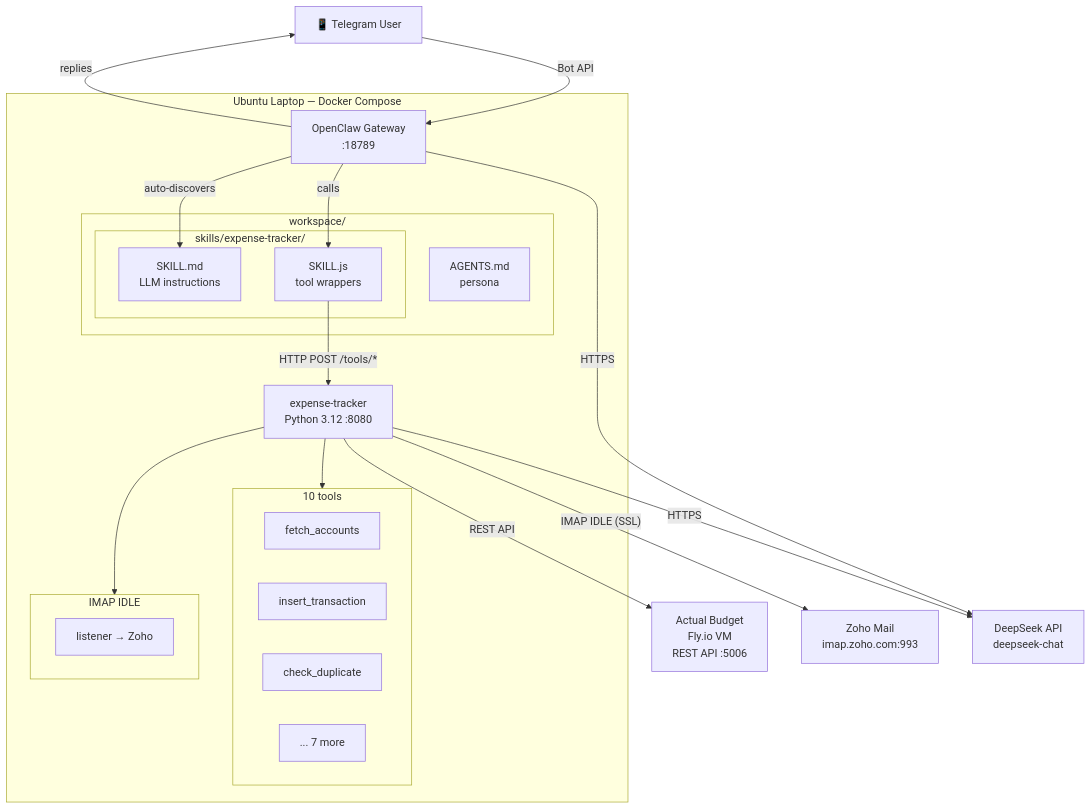
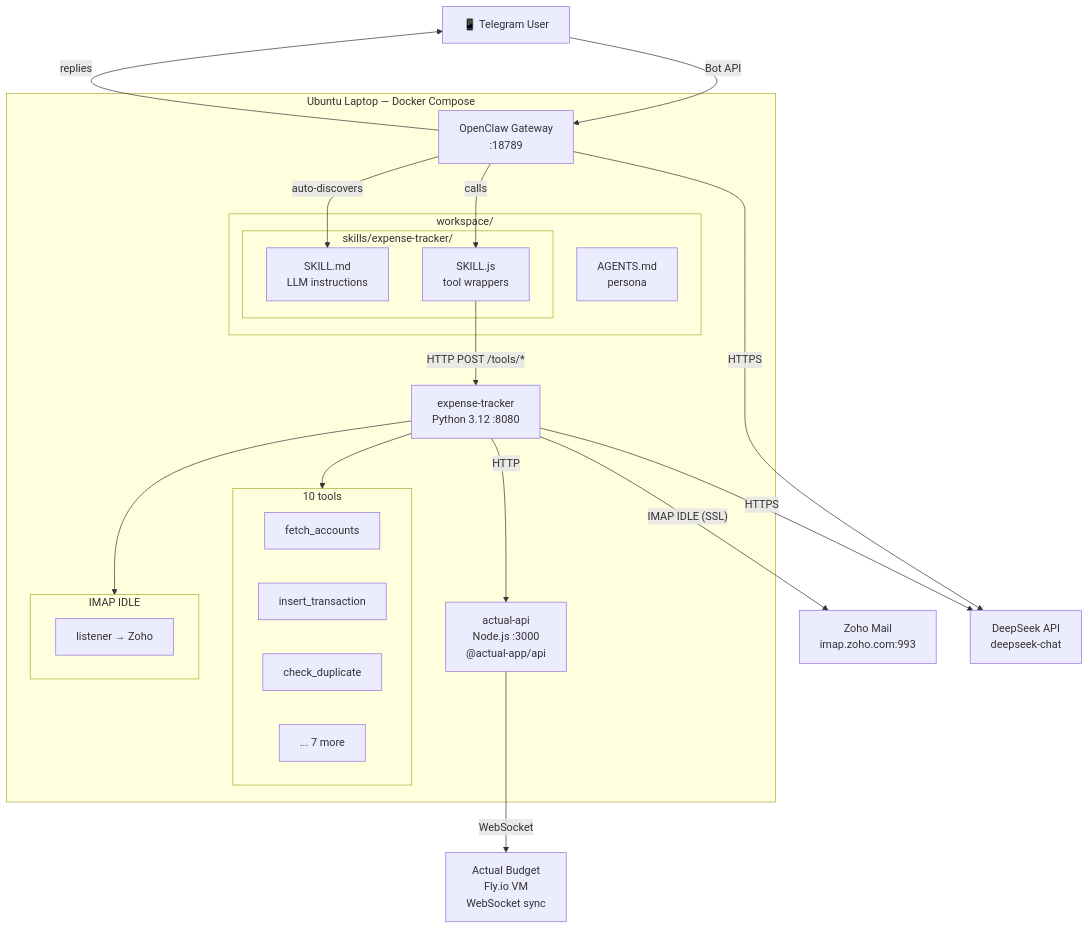
One commit to darrencjh8/darren-openclaw changed the diagram in README.md. Above: the diagram before and after it, drawn with Mermaid. The commit also changed other lines of this file and 7 other files, not shown here.

First line of the commit message:
docs: update design/spec/plan/tasks to reflect Node.js actual-api integration

````diff
--- a/README.md
+++ b/README.md
@@ -7,44 +7,47 @@
 ```mermaid
 graph TB
     TG["📱 Telegram User"] -->|"Bot API"| GW
     GW -->|"replies"| TG
 
     subgraph Docker["Ubuntu Laptop — Docker Compose"]
         GW["OpenClaw Gateway<br/>:18789"]
 
         subgraph Workspace["workspace/"]
             AGENTS["AGENTS.md<br/>persona"]
             subgraph Skills["skills/expense-tracker/"]
                 SKILL_MD["SKILL.md<br/>LLM instructions"]
                 SKILL_JS["SKILL.js<br/>tool wrappers"]
             end
         end
 
         GW -->|"auto-discovers"| SKILL_MD
         GW -->|"calls"| SKILL_JS
 
         ET["expense-tracker<br/>Python 3.12 :8080"]
         subgraph Tools["10 tools"]
             FA["fetch_accounts"]
             IT["insert_transaction"]
             CD["check_duplicate"]
             OTH["... 7 more"]
         end
         subgraph IMAP["IMAP IDLE"]
             IDLE["listener → Zoho"]
         end
 
         SKILL_JS -->|"HTTP POST /tools/*"| ET
         ET --> Tools
         ET --> IMAP
+
+        API["actual-api<br/>Node.js :3000<br/>@actual-app/api"]
+        ET -->|"HTTP"| API
     end
 
-    AB["Actual Budget<br/>Fly.io VM<br/>REST API :5006"]
+    AB["Actual Budget<br/>Fly.io VM<br/>WebSocket sync"]
     Zoho["Zoho Mail<br/>imap.zoho.com:993"]
     DS["DeepSeek API<br/>deepseek-chat"]
 
-    ET -->|"REST API"| AB
+    API -->|"WebSocket"| AB
     ET -->|"IMAP IDLE (SSL)"| Zoho
     GW -->|"HTTPS"| DS
     ET -->|"HTTPS"| DS
 ```
````
